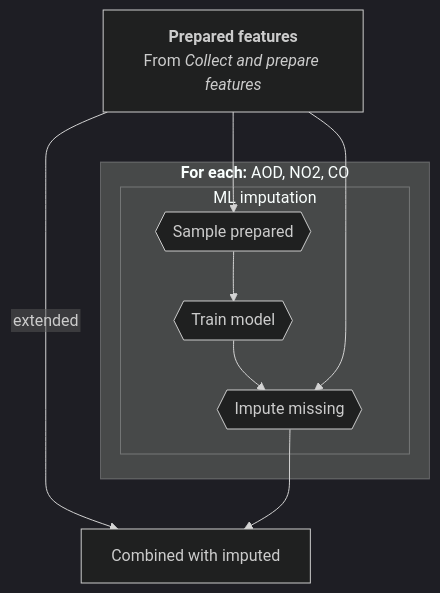
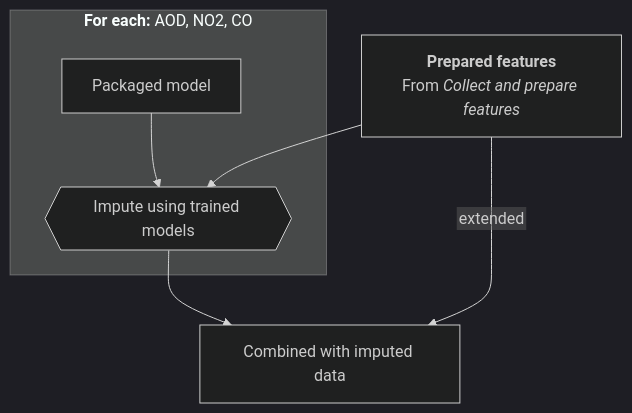
Before and after one commit to energyandcleanair/india_map: the fourth of 5 diagrams in README.md, drawn with Mermaid (dark theme). The commit also changed other lines of this file, not shown here.

````diff
--- a/README.md
+++ b/README.md
@@ -190,30 +272,23 @@
 ```mermaid
 %%{init: {"flowchart": {"htmlLabels": false}} }%%
 flowchart TB
 
   prepared_features["`
     **Prepared features**
     From _Collect and prepare features_
   `"]
-
   subgraph for_each["`
   **For each:** AOD, NO2, CO
   `"]
-    subgraph imputation["ML imputation"]
-      sample{{"Sample prepared"}}
-      train{{"Train model"}}
-      impute{{"Impute missing"}}
-
-      sample --> train
-      train --> impute
-    end
+    packaged_model["Packaged model"]
+    impute{{"Impute using trained models"}}
+    packaged_model --> impute
   end
 
-  combined["Combined with imputed"]
+  combined["Combined with imputed data"]
 
-  prepared_features --> sample  
   prepared_features --> impute
   prepared_features -->|extended| combined
   impute --> combined
 
 ```
````
